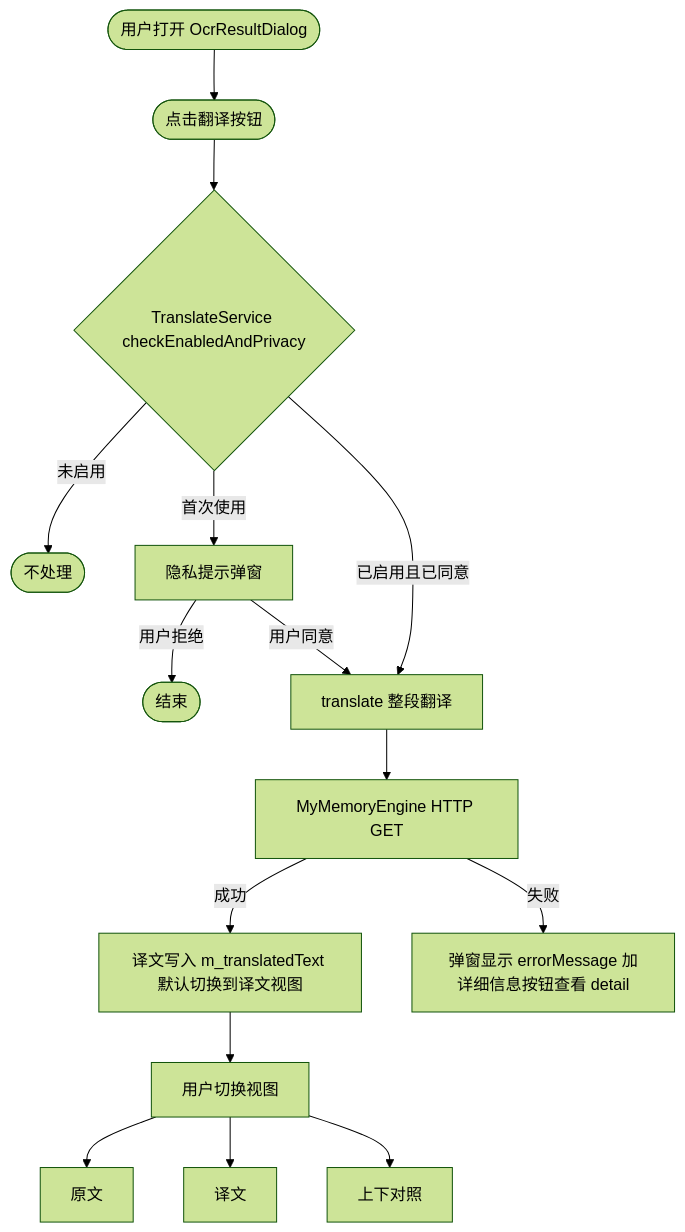
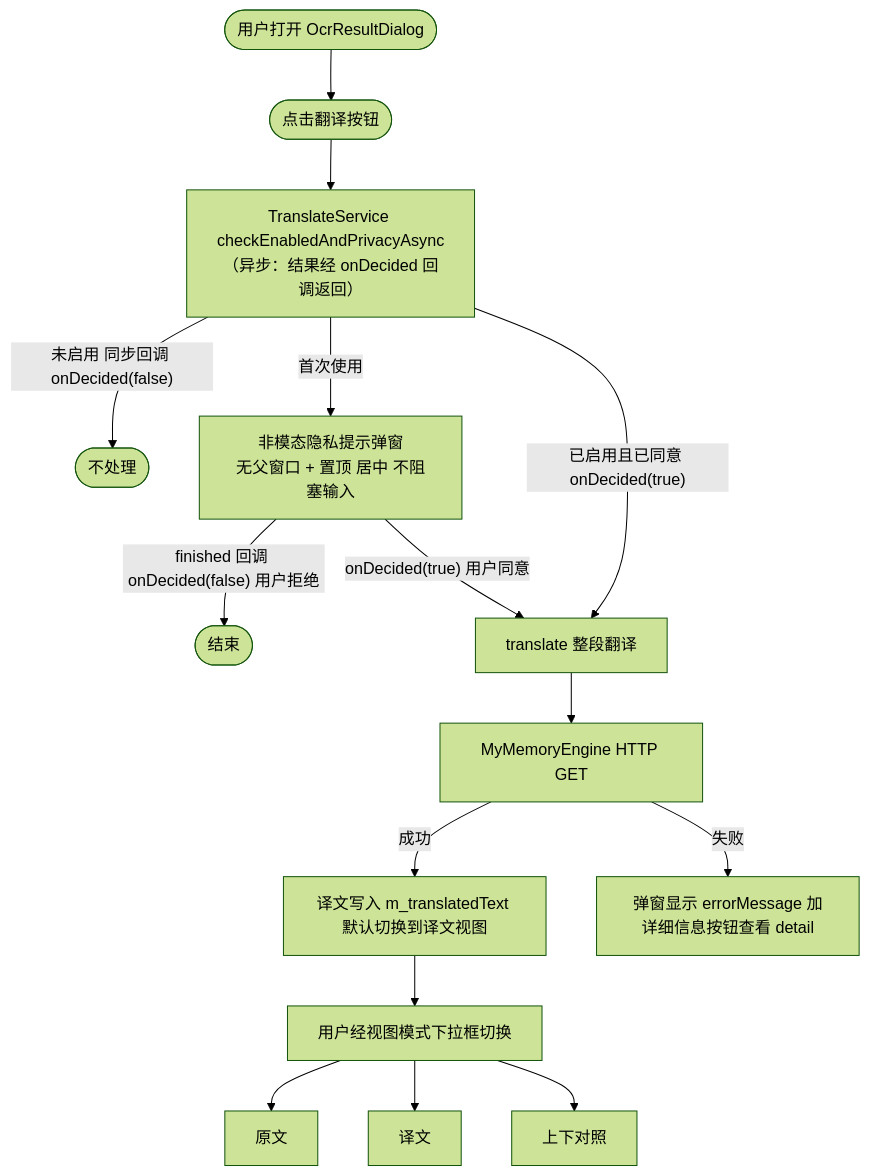
One commit to ChiangyangNPU/quick-shot changed the fourth of 12 diagrams in docs/translation-design.md. Above: the diagram before and after it, drawn with Mermaid (forest theme). The commit also changed other lines of this file and 3 other files, not shown here.

````diff
--- a/docs/translation-design.md
+++ b/docs/translation-design.md
@@ -343,19 +356,19 @@
 ```mermaid
 flowchart TD
     Start(["用户打开 OcrResultDialog"]) --> Btn(["点击翻译按钮"])
-    Btn --> Check{"TranslateService checkEnabledAndPrivacy"}
-    Check -->|"未启用"| End1(["不处理"])
-    Check -->|"首次使用"| Dlg["隐私提示弹窗"]
-    Dlg -->|"用户拒绝"| End2(["结束"])
-    Dlg -->|"用户同意"| S1["translate 整段翻译"]
-    Check -->|"已启用且已同意"| S1
+    Btn --> Check["TranslateService checkEnabledAndPrivacyAsync<br/>（异步：结果经 onDecided 回调返回）"]
+    Check -->|"未启用 同步回调 onDecided(false)"| End1(["不处理"])
+    Check -->|"首次使用"| Dlg["非模态隐私提示弹窗<br/>无父窗口 + 置顶 居中 不阻塞输入"]
+    Dlg -->|"finished 回调 onDecided(false) 用户拒绝"| End2(["结束"])
+    Dlg -->|"onDecided(true) 用户同意"| S1["translate 整段翻译"]
+    Check -->|"已启用且已同意 onDecided(true)"| S1
 
     S1 --> S2["MyMemoryEngine HTTP GET"]
     S2 -->|"成功"| Ok["译文写入 m_translatedText 默认切换到译文视图"]
     S2 -->|"失败"| Err["弹窗显示 errorMessage 加详细信息按钮查看 detail"]
 
-    Ok --> Switch["用户切换视图"]
+    Ok --> Switch["用户经视图模式下拉框切换"]
     Switch --> V1["原文"]
     Switch --> V2["译文"]
     Switch --> V3["上下对照"]
 ```
````
